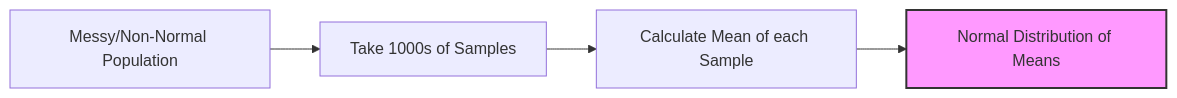
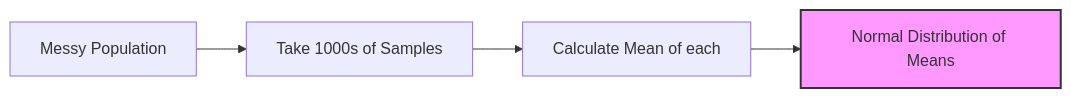
Before and after one commit to susanavenda/data_cambridge: diagram 11 of 14 in README.md, drawn with Mermaid. The commit also changed other lines of this file, not shown here.

````diff
--- a/README.md
+++ b/README.md
@@ -303,9 +228,8 @@
 ```mermaid
 graph LR
-    Pop[Messy/Non-Normal Population] --> Samples[Take 1000s of Samples]
-    Samples --> Means[Calculate Mean of each Sample]
+    Pop[Messy Population] --> Samples[Take 1000s of Samples]
+    Samples --> Means[Calculate Mean of each]
     Means --> Dist[Normal Distribution of Means]
-    
     style Dist fill:#f9f,stroke:#333,stroke-width:2px
 
 ```
````
